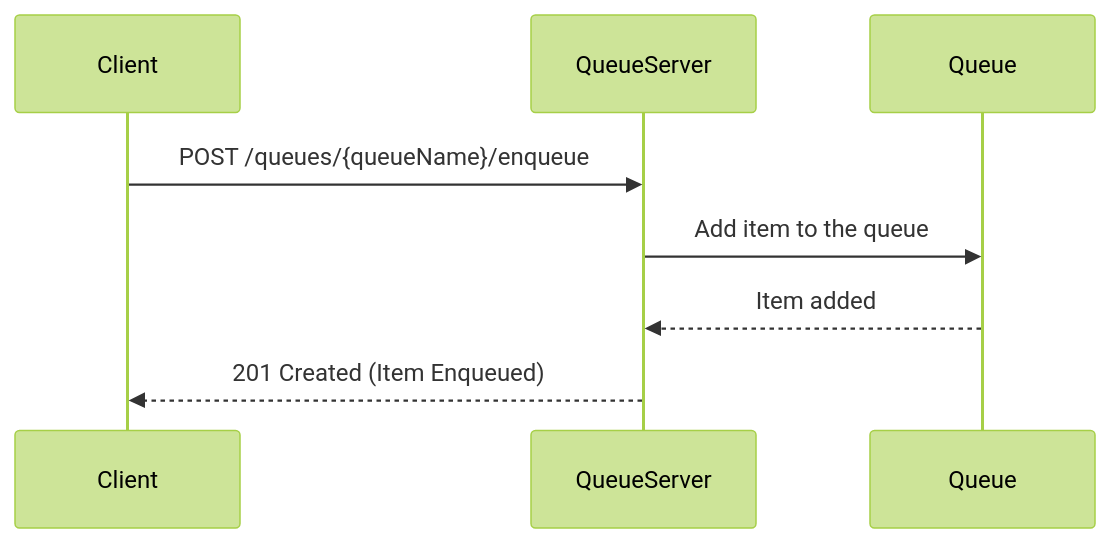
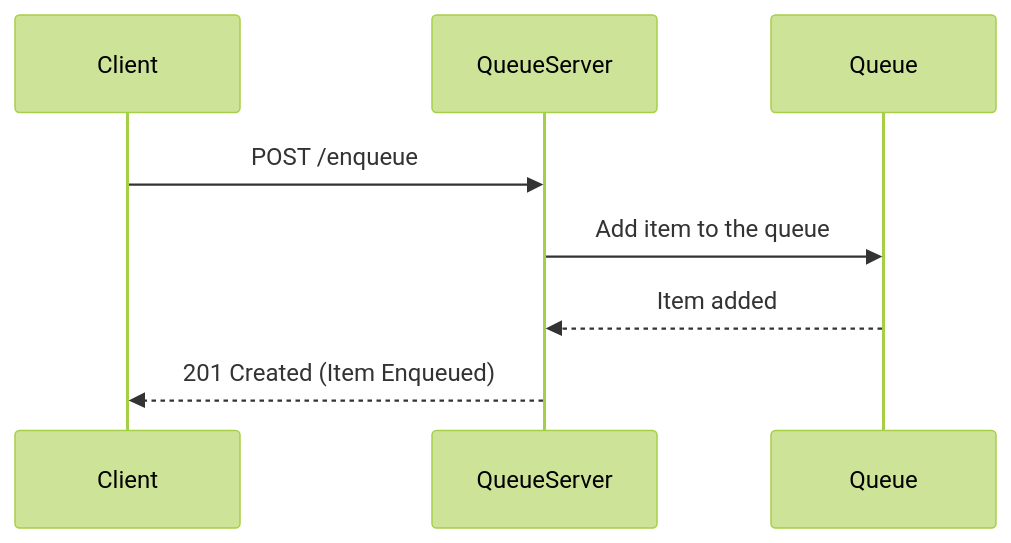
Before and after one commit to johnretsas/cora-mq: the first of 2 diagrams in README.md, drawn with Mermaid (forest theme). The commit also changed other lines of this file, not shown here.

````diff
--- a/README.md
+++ b/README.md
@@ -291,11 +290,11 @@
 ```mermaid
 sequenceDiagram
     participant C as Client
     participant S as QueueServer
     participant Q as Queue
 
-    C->>S: POST /queues/{queueName}/enqueue
+    C->>S: POST /enqueue
     S->>Q: Add item to the queue
     Q-->>S: Item added
     S-->>C: 201 Created (Item Enqueued)
 ```
````
